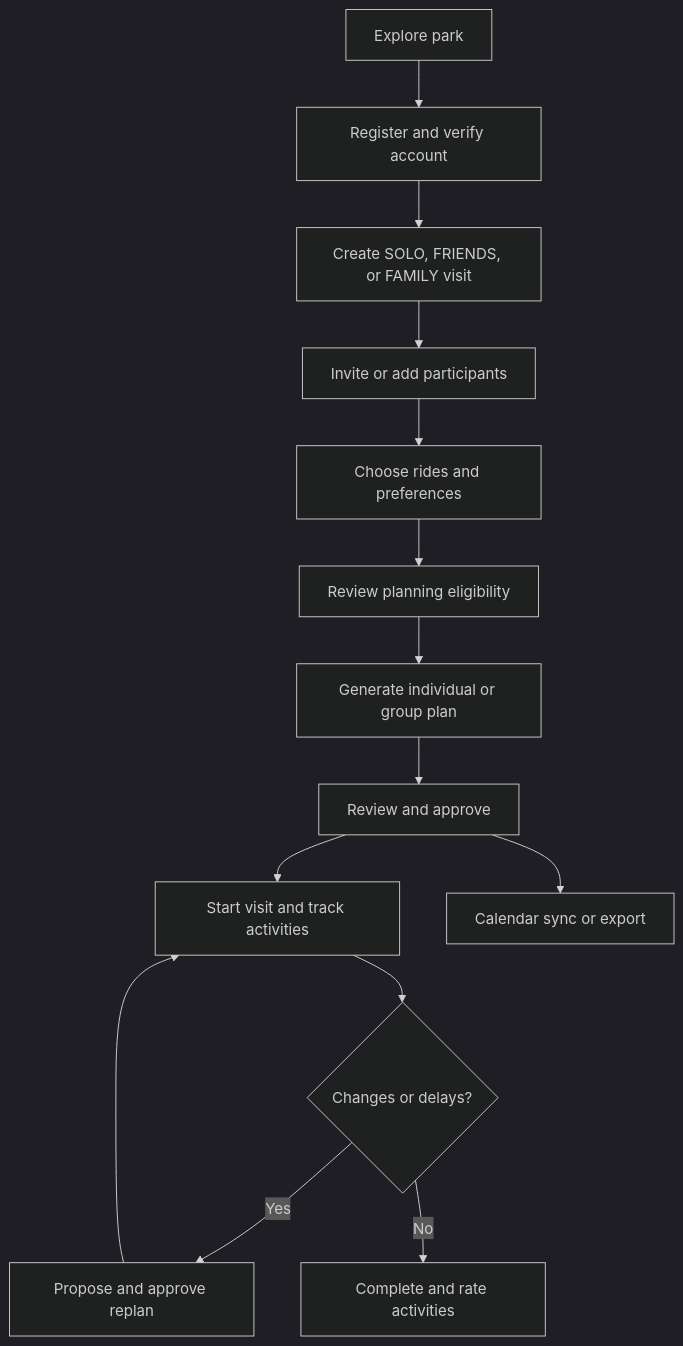
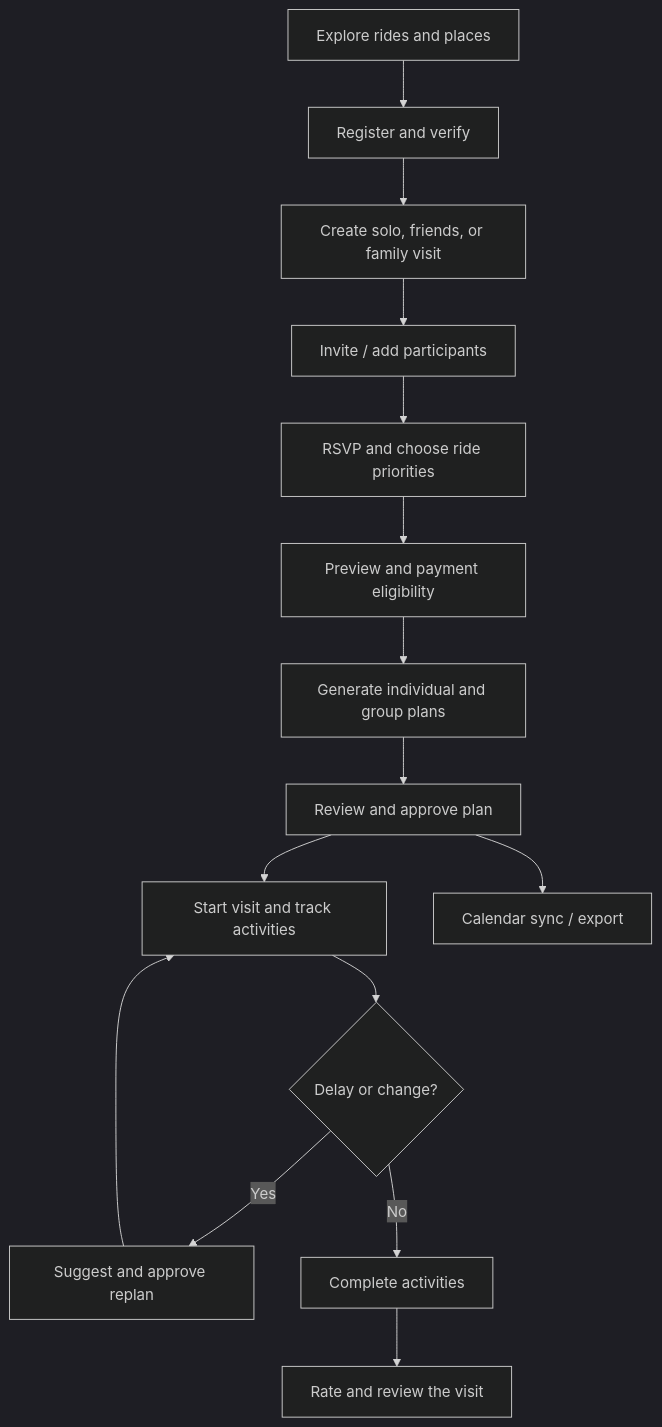
Before and after one commit to Abdulaziz-Shafae/SIKKA: the first of 5 diagrams in README.md, drawn with Mermaid (dark theme). The commit also changed other lines of this file, not shown here.

````diff
--- a/README.md
+++ b/README.md
@@ -68,16 +100,17 @@
 ```mermaid
 flowchart TD
-    A[Explore park] --> B[Register and verify account]
-    B --> C[Create SOLO, FRIENDS, or FAMILY visit]
-    C --> D[Invite or add participants]
-    D --> E[Choose rides and preferences]
-    E --> F[Review planning eligibility]
-    F --> G[Generate individual or group plan]
-    G --> H[Review and approve]
+    A[Explore rides and places] --> B[Register and verify]
+    B --> C[Create solo, friends, or family visit]
+    C --> D[Invite / add participants]
+    D --> E[RSVP and choose ride priorities]
+    E --> F[Preview and payment eligibility]
+    F --> G[Generate individual and group plans]
+    G --> H[Review and approve plan]
     H --> I[Start visit and track activities]
-    I --> J{Changes or delays?}
-    J -->|Yes| K[Propose and approve replan]
+    I --> J{Delay or change?}
+    J -->|Yes| K[Suggest and approve replan]
     K --> I
-    J -->|No| L[Complete and rate activities]
-    H --> M[Calendar sync or export]
+    J -->|No| L[Complete activities]
+    L --> M[Rate and review the visit]
+    H --> N[Calendar sync / export]
 ```
````
